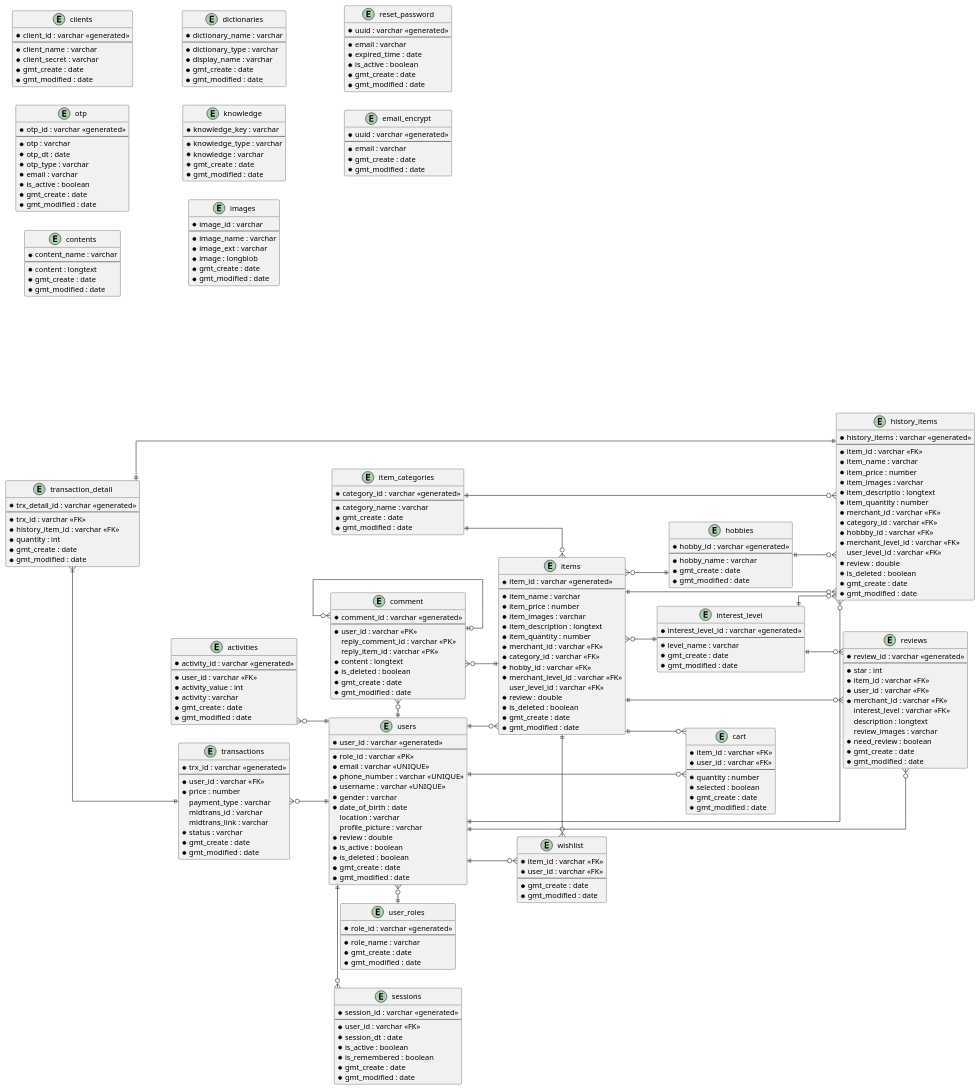
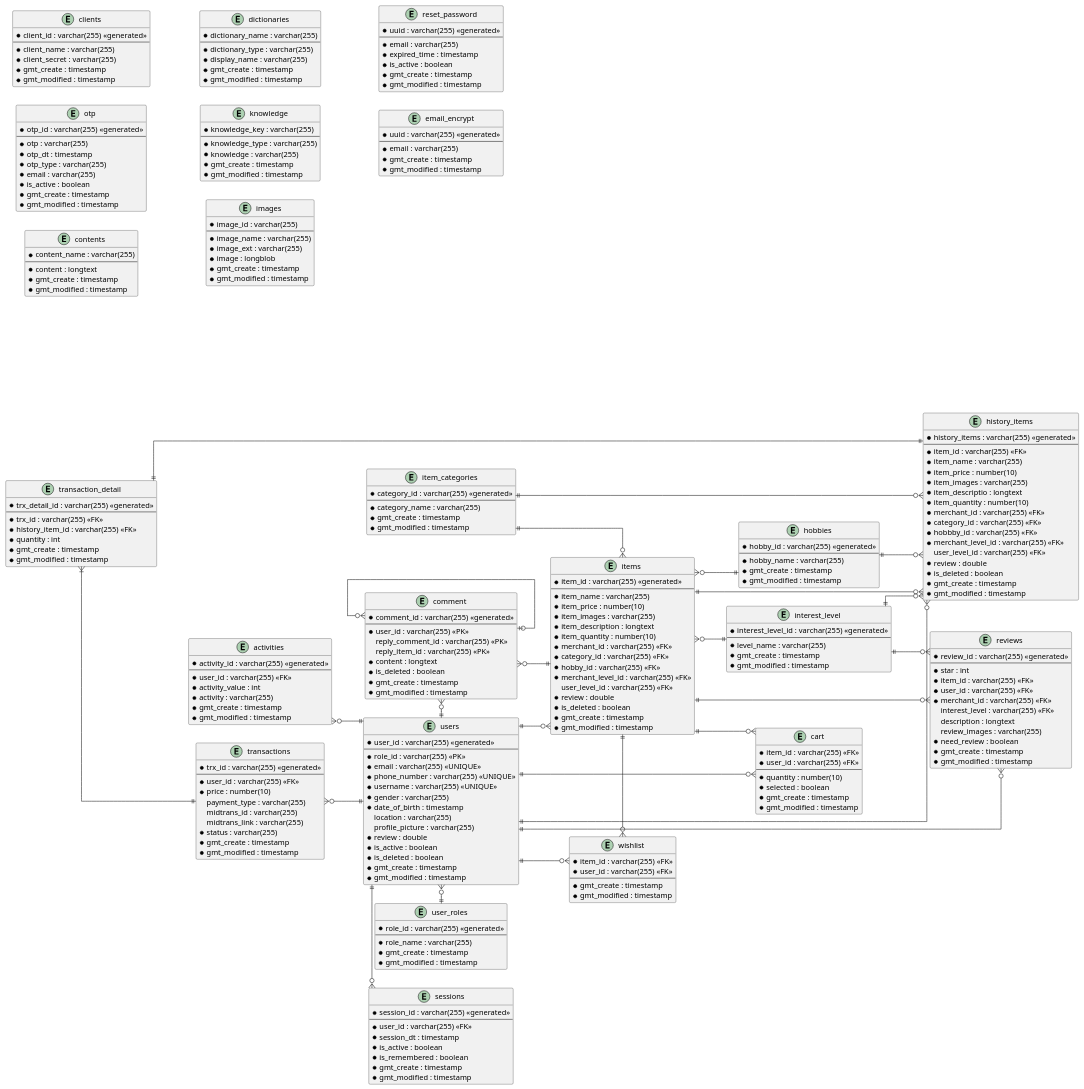
One commit to aldihsuhandi/skripsi-2023 changed the diagram in uml/erd.pu. Above: the diagram before and after it, drawn with PlantUML.

Commit message:
update erd with limit

```diff
--- a/uml/erd.pu
+++ b/uml/erd.pu
@@ -4,256 +4,256 @@
 skinparam linetype ortho
 
 entity item_categories {
-    * category_id : varchar <<generated>>
+    * category_id : varchar(255) <<generated>>
     --
-    * category_name : varchar
-    * gmt_create : date
-    * gmt_modified : date
+    * category_name : varchar(255)
+    * gmt_create : timestamp
+    * gmt_modified : timestamp
 }
 
 entity hobbies {
-    * hobby_id : varchar <<generated>>
+    * hobby_id : varchar(255) <<generated>>
     --
-    * hobby_name : varchar
-    * gmt_create : date
-    * gmt_modified : date
+    * hobby_name : varchar(255)
+    * gmt_create : timestamp
+    * gmt_modified : timestamp
 }
 
 entity interest_level {
-    * interest_level_id : varchar <<generated>>
+    * interest_level_id : varchar(255) <<generated>>
     --
-    * level_name : varchar
-    * gmt_create : date
-    * gmt_modified : date
+    * level_name : varchar(255)
+    * gmt_create : timestamp
+    * gmt_modified : timestamp
 }
 
 entity user_roles {
-    * role_id : varchar <<generated>>
+    * role_id : varchar(255) <<generated>>
     --
-    * role_name : varchar
-    * gmt_create : date
-    * gmt_modified : date
+    * role_name : varchar(255)
+    * gmt_create : timestamp
+    * gmt_modified : timestamp
 }
 
 entity users {
-    * user_id : varchar <<generated>>
+    * user_id : varchar(255) <<generated>>
     --
-    * role_id : varchar <<PK>>
-    * email : varchar <<UNIQUE>>
-    * phone_number : varchar <<UNIQUE>>
-    * username : varchar <<UNIQUE>>
-    * gender : varchar
-    * date_of_birth : date
-      location : varchar
-      profile_picture : varchar
+    * role_id : varchar(255) <<PK>>
+    * email : varchar(255) <<UNIQUE>>
+    * phone_number : varchar(255) <<UNIQUE>>
+    * username : varchar(255) <<UNIQUE>>
+    * gender : varchar(255)
+    * date_of_birth : timestamp
+      location : varchar(255)
+      profile_picture : varchar(255)
     * review : double
     * is_active : boolean
     * is_deleted : boolean
-    * gmt_create : date
-    * gmt_modified : date
+    * gmt_create : timestamp
+    * gmt_modified : timestamp
 }
 
 entity items {
-    * item_id : varchar <<generated>>
+    * item_id : varchar(255) <<generated>>
     --
-    * item_name : varchar
-    * item_price : number
-    * item_images : varchar
+    * item_name : varchar(255)
+    * item_price : number(10)
+    * item_images : varchar(255)
     * item_description : longtext
-    * item_quantity : number
-    * merchant_id : varchar <<FK>>
-    * category_id : varchar <<FK>>
-    * hobby_id : varchar <<FK>>
-    * merchant_level_id : varchar <<FK>>
-      user_level_id : varchar <<FK>>
+    * item_quantity : number(10)
+    * merchant_id : varchar(255) <<FK>>
+    * category_id : varchar(255) <<FK>>
+    * hobby_id : varchar(255) <<FK>>
+    * merchant_level_id : varchar(255) <<FK>>
+      user_level_id : varchar(255) <<FK>>
     * review : double
     * is_deleted : boolean
-    * gmt_create : date
-    * gmt_modified : date
+    * gmt_create : timestamp
+    * gmt_modified : timestamp
 }
 
 entity history_items {
-    * history_items : varchar <<generated>>
+    * history_items : varchar(255) <<generated>>
     --
-    * item_id : varchar <<FK>>
-    * item_name : varchar
-    * item_price : number
-    * item_images : varchar
+    * item_id : varchar(255) <<FK>>
+    * item_name : varchar(255)
+    * item_price : number(10)
+    * item_images : varchar(255)
     * item_descriptio : longtext
-    * item_quantity : number
-    * merchant_id : varchar <<FK>>
-    * category_id : varchar <<FK>>
-    * hobbby_id : varchar <<FK>>
-    * merchant_level_id : varchar <<FK>>
-      user_level_id : varchar <<FK>>
+    * item_quantity : number(10)
+    * merchant_id : varchar(255) <<FK>>
+    * category_id : varchar(255) <<FK>>
+    * hobbby_id : varchar(255) <<FK>>
+    * merchant_level_id : varchar(255) <<FK>>
+      user_level_id : varchar(255) <<FK>>
     * review : double
     * is_deleted : boolean
-    * gmt_create : date
-    * gmt_modified : date
+    * gmt_create : timestamp
+    * gmt_modified : timestamp
 }
 
 entity sessions {
-    * session_id : varchar <<generated>>
+    * session_id : varchar(255) <<generated>>
     --
-    * user_id : varchar <<FK>>
-    * session_dt : date
+    * user_id : varchar(255) <<FK>>
+    * session_dt : timestamp
     * is_active : boolean
     * is_remembered : boolean
-    * gmt_create : date
-    * gmt_modified : date
+    * gmt_create : timestamp
+    * gmt_modified : timestamp
 }
 
 entity cart {
-    * item_id : varchar <<FK>>
-    * user_id : varchar <<FK>>
+    * item_id : varchar(255) <<FK>>
+    * user_id : varchar(255) <<FK>>
     --
-    * quantity : number
+    * quantity : number(10)
     * selected : boolean
-    * gmt_create : date
-    * gmt_modified : date
+    * gmt_create : timestamp
+    * gmt_modified : timestamp
 }
 
 entity transactions {
-    * trx_id : varchar <<generated>>
+    * trx_id : varchar(255) <<generated>>
     --
-    * user_id : varchar <<FK>>
-    * price : number
-      payment_type : varchar
-      midtrans_id : varchar
-      midtrans_link : varchar
-    * status : varchar
-    * gmt_create : date
-    * gmt_modified : date
+    * user_id : varchar(255) <<FK>>
+    * price : number(10)
+      payment_type : varchar(255)
+      midtrans_id : varchar(255)
+      midtrans_link : varchar(255)
+    * status : varchar(255)
+    * gmt_create : timestamp
+    * gmt_modified : timestamp
 }
 
 entity transaction_detail{
-    * trx_detail_id : varchar <<generated>>
+    * trx_detail_id : varchar(255) <<generated>>
     --
-    * trx_id : varchar <<FK>>
-    * history_item_id : varchar <<FK>>
+    * trx_id : varchar(255) <<FK>>
+    * history_item_id : varchar(255) <<FK>>
     * quantity : int 
-    * gmt_create : date
-    * gmt_modified : date
+    * gmt_create : timestamp
+    * gmt_modified : timestamp
 }
 
 entity wishlist {
-    * item_id : varchar <<FK>>
-    * user_id : varchar <<FK>>
+    * item_id : varchar(255) <<FK>>
+    * user_id : varchar(255) <<FK>>
     --
-    * gmt_create : date
-    * gmt_modified : date
+    * gmt_create : timestamp
+    * gmt_modified : timestamp
 }
 
 entity reviews {
-    * review_id : varchar <<generated>>
+    * review_id : varchar(255) <<generated>>
     --
     * star : int
-    * item_id : varchar <<FK>>
-    * user_id : varchar <<FK>>
-    * merchant_id : varchar <<FK>>
-      interest_level : varchar <<FK>>
+    * item_id : varchar(255) <<FK>>
+    * user_id : varchar(255) <<FK>>
+    * merchant_id : varchar(255) <<FK>>
+      interest_level : varchar(255) <<FK>>
       description : longtext
-      review_images : varchar
+      review_images : varchar(255)
     * need_review : boolean
-    * gmt_create : date
-    * gmt_modified : date
+    * gmt_create : timestamp
+    * gmt_modified : timestamp
 }
 
 entity comment {
-    * comment_id : varchar <<generated>>
+    * comment_id : varchar(255) <<generated>>
     --
-    * user_id : varchar <<PK>>
-      reply_comment_id : varchar <<PK>>
-      reply_item_id : varchar <<PK>>
+    * user_id : varchar(255) <<PK>>
+      reply_comment_id : varchar(255) <<PK>>
+      reply_item_id : varchar(255) <<PK>>
     * content : longtext
     * is_deleted : boolean
-    * gmt_create : date
-    * gmt_modified : date
+    * gmt_create : timestamp
+    * gmt_modified : timestamp
 }
 
 entity clients {
-    * client_id : varchar <<generated>>
+    * client_id : varchar(255) <<generated>>
     --
-    * client_name : varchar
-    * client_secret : varchar
-    * gmt_create : date
-    * gmt_modified : date
+    * client_name : varchar(255)
+    * client_secret : varchar(255)
+    * gmt_create : timestamp
+    * gmt_modified : timestamp
 }
 
 entity otp {
-    * otp_id : varchar <<generated>>
+    * otp_id : varchar(255) <<generated>>
     --
-    * otp : varchar 
-    * otp_dt : date
-    * otp_type : varchar
-    * email : varchar
+    * otp : varchar(255) 
+    * otp_dt : timestamp
+    * otp_type : varchar(255)
+    * email : varchar(255)
     * is_active : boolean
-    * gmt_create : date
-    * gmt_modified : date
+    * gmt_create : timestamp
+    * gmt_modified : timestamp
 }
 
 entity contents {
-    * content_name : varchar
+    * content_name : varchar(255)
     --
     * content : longtext
-    * gmt_create : date
-    * gmt_modified : date
+    * gmt_create : timestamp
+    * gmt_modified : timestamp
 }
 
 entity dictionaries {
-    * dictionary_name : varchar
+    * dictionary_name : varchar(255)
     --
-    * dictionary_type : varchar
-    * display_name : varchar
-    * gmt_create : date
-    * gmt_modified : date
+    * dictionary_type : varchar(255)
+    * display_name : varchar(255)
+    * gmt_create : timestamp
+    * gmt_modified : timestamp
 }
 
 entity activities {
-    * activity_id : varchar <<generated>>
+    * activity_id : varchar(255) <<generated>>
     --
-    * user_id : varchar <<FK>>
+    * user_id : varchar(255) <<FK>>
     * activity_value : int
-    * activity : varchar
-    * gmt_create : date
-    * gmt_modified : date
+    * activity : varchar(255)
+    * gmt_create : timestamp
+    * gmt_modified : timestamp
 }
 
 entity knowledge {
-    * knowledge_key : varchar
+    * knowledge_key : varchar(255)
     --
-    * knowledge_type : varchar
-    * knowledge : varchar
-    * gmt_create : date
-    * gmt_modified : date
+    * knowledge_type : varchar(255)
+    * knowledge : varchar(255)
+    * gmt_create : timestamp
+    * gmt_modified : timestamp
 }
 
 entity images {
-    * image_id : varchar
+    * image_id : varchar(255)
     --
-    * image_name : varchar
-    * image_ext : varchar
+    * image_name : varchar(255)
+    * image_ext : varchar(255)
     * image : longblob
-    * gmt_create : date
-    * gmt_modified : date
+    * gmt_create : timestamp
+    * gmt_modified : timestamp
 }
 
 entity reset_password {
-    * uuid : varchar <<generated>>
+    * uuid : varchar(255) <<generated>>
     --
-    * email : varchar
-    * expired_time : date
+    * email : varchar(255)
+    * expired_time : timestamp
     * is_active : boolean
-    * gmt_create : date
-    * gmt_modified : date
+    * gmt_create : timestamp
+    * gmt_modified : timestamp
 }
 
 entity email_encrypt{
-    * uuid : varchar <<generated>>
+    * uuid : varchar(255) <<generated>>
     --
-    * email : varchar 
-    * gmt_create : date
-    * gmt_modified : date
+    * email : varchar(255) 
+    * gmt_create : timestamp
+    * gmt_modified : timestamp
 }
 
 users }o-|| user_roles
```
